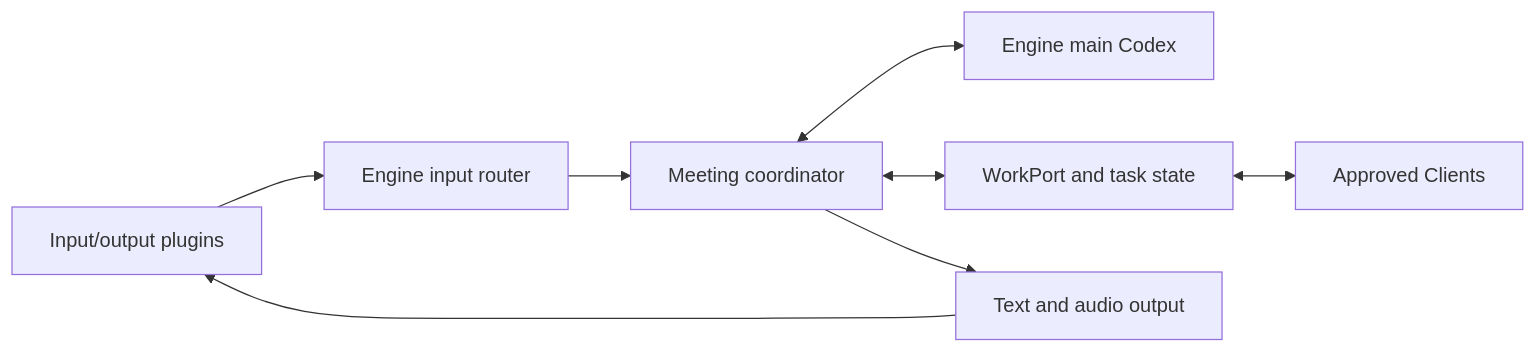
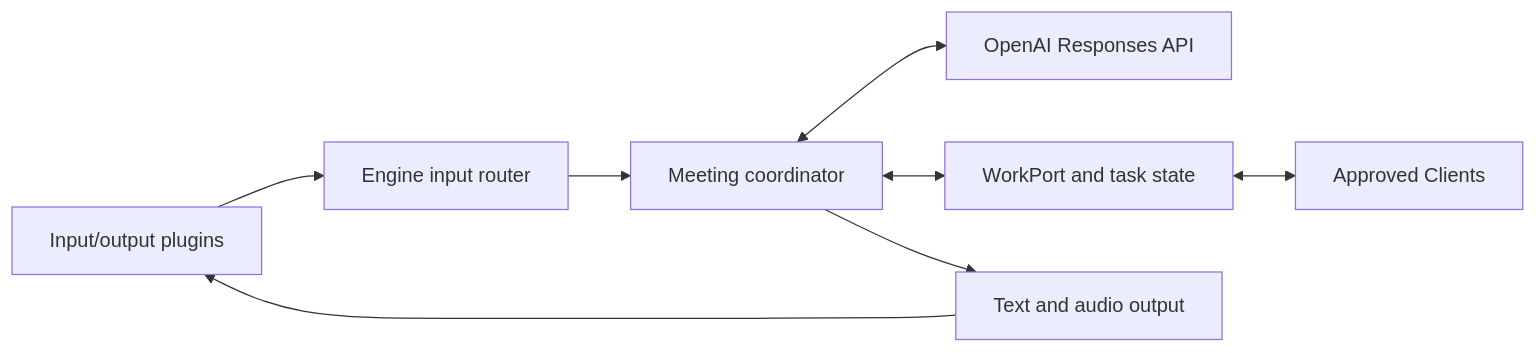
Before and after one commit to pikachu0310/personal-context-hub: the diagram in docs/packages-architecture.md, drawn with Mermaid. The commit also changed other lines of this file and 19 other files, not shown here.

Commit message:
Move Engine conversation coordination to the OpenAI API

````diff
--- a/docs/packages-architecture.md
+++ b/docs/packages-architecture.md
@@ -16,10 +16,10 @@
 ```mermaid
 flowchart LR
     P["Input/output plugins"] --> R["Engine input router"]
     R --> C["Meeting coordinator"]
-    C <--> M["Engine main Codex"]
+    C <--> M["OpenAI Responses API"]
     C <--> W["WorkPort and task state"]
     W <--> X["Approved Clients"]
     C --> O["Text and audio output"]
     O --> P
 ```
````
